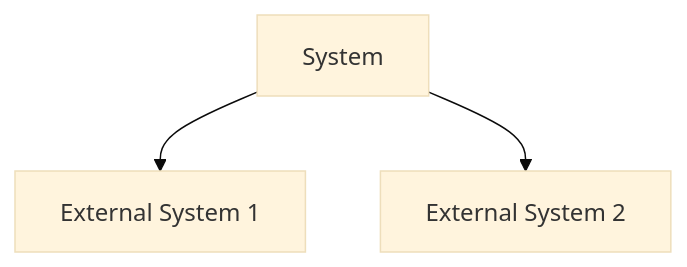
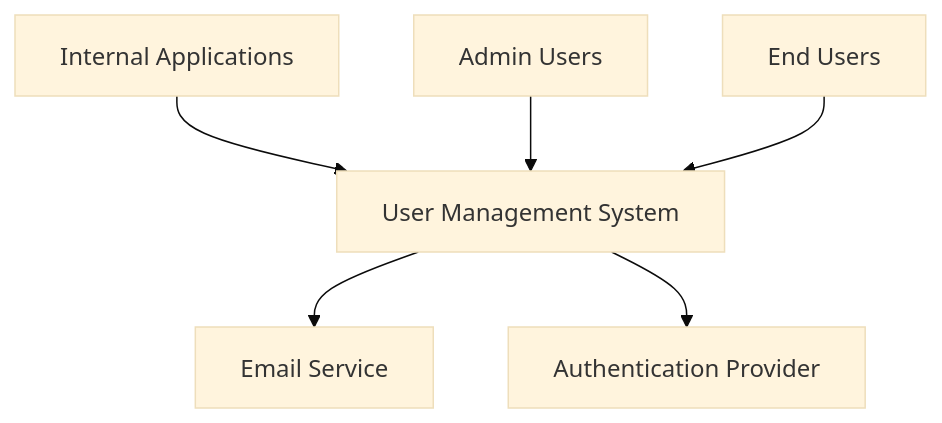
One commit to wahyuha/code-business-generated changed the diagram in docs/architecture/system-context.md. Above: the diagram before and after it, drawn with Mermaid (base theme). The commit also changed other lines of this file and 6 other files, not shown here.

Commit message:
[business-requirement]: Business Requirements for User Management System

````diff
--- a/docs/architecture/system-context.md
+++ b/docs/architecture/system-context.md
@@ -8,5 +8,8 @@
 ```mermaid
 graph TD
-    A[System] --> B[External System 1]
-    A --> C[External System 2]
+    A[User Management System] --> B[Email Service]
+    A --> C[Authentication Provider]
+    D[Internal Applications] --> A
+    E[Admin Users] --> A
+    F[End Users] --> A
 ```
````
